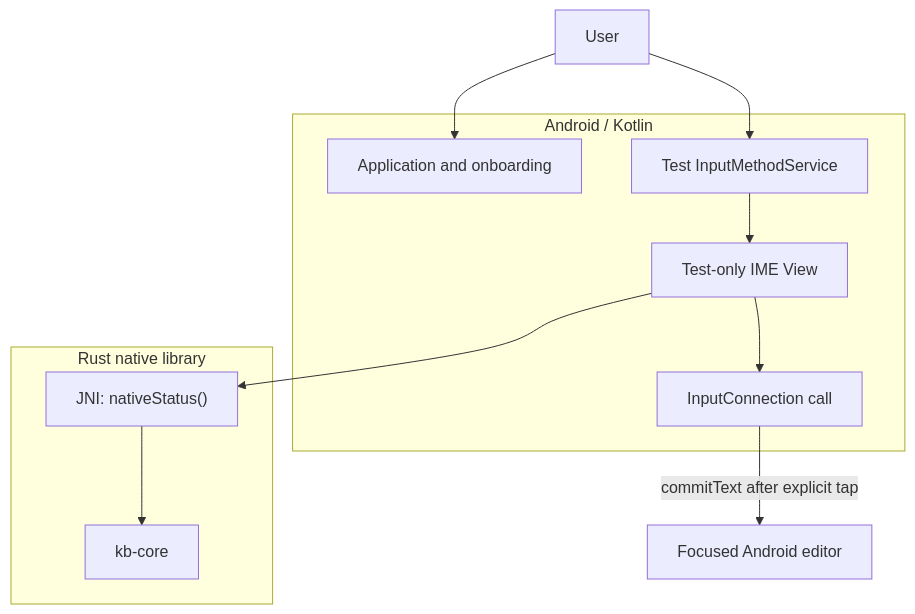
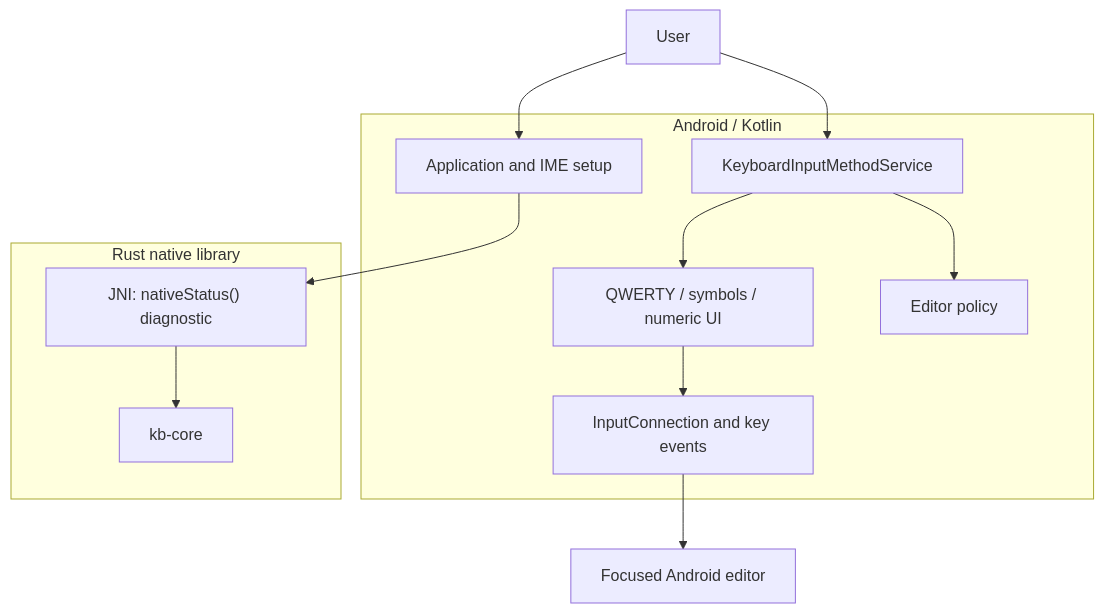
Before and after one commit to snowgemm/KB-Ai: the diagram in docs/ARCHITECTURE.md, drawn with Mermaid. The commit also changed other lines of this file and 14 other files, not shown here.

Commit message:
feat: add functional QWERTY Android keyboard prototype

```diff
--- a/docs/ARCHITECTURE.md
+++ b/docs/ARCHITECTURE.md
@@ -31,21 +34,23 @@
 ~~~mermaid
 flowchart TB
     USER["User"]
     subgraph ANDROID["Android / Kotlin"]
-        APP["Application and onboarding"]
-        SERVICE["Test InputMethodService"]
-        VIEW["Test-only IME View"]
-        ADAPTER["InputConnection call"]
+        APP["Application and IME setup"]
+        SERVICE["KeyboardInputMethodService"]
+        VIEW["QWERTY / symbols / numeric UI"]
+        POLICY["Editor policy"]
+        ADAPTER["InputConnection and key events"]
     end
     subgraph NATIVE["Rust native library"]
-        JNI["JNI: nativeStatus()"]
+        JNI["JNI: nativeStatus() diagnostic"]
         CORE["kb-core"]
     end
     USER --> APP
     USER --> SERVICE
+    SERVICE --> POLICY
     SERVICE --> VIEW
-    VIEW --> JNI
+    VIEW --> ADAPTER
+    ADAPTER --> EDITOR["Focused Android editor"]
+    APP --> JNI
     JNI --> CORE
-    VIEW --> ADAPTER
-    ADAPTER -->|"commitText after explicit tap"| EDITOR["Focused Android editor"]
 ~~~
```
